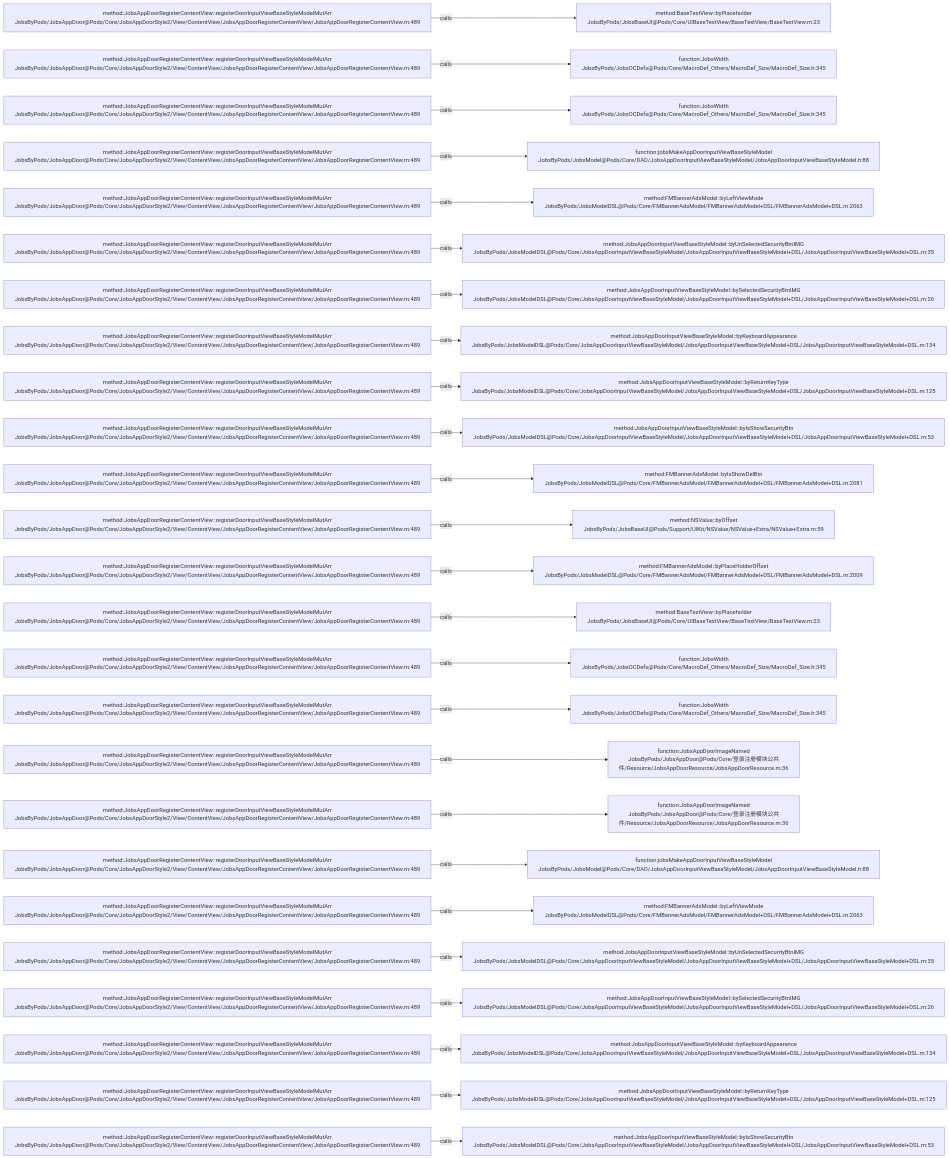
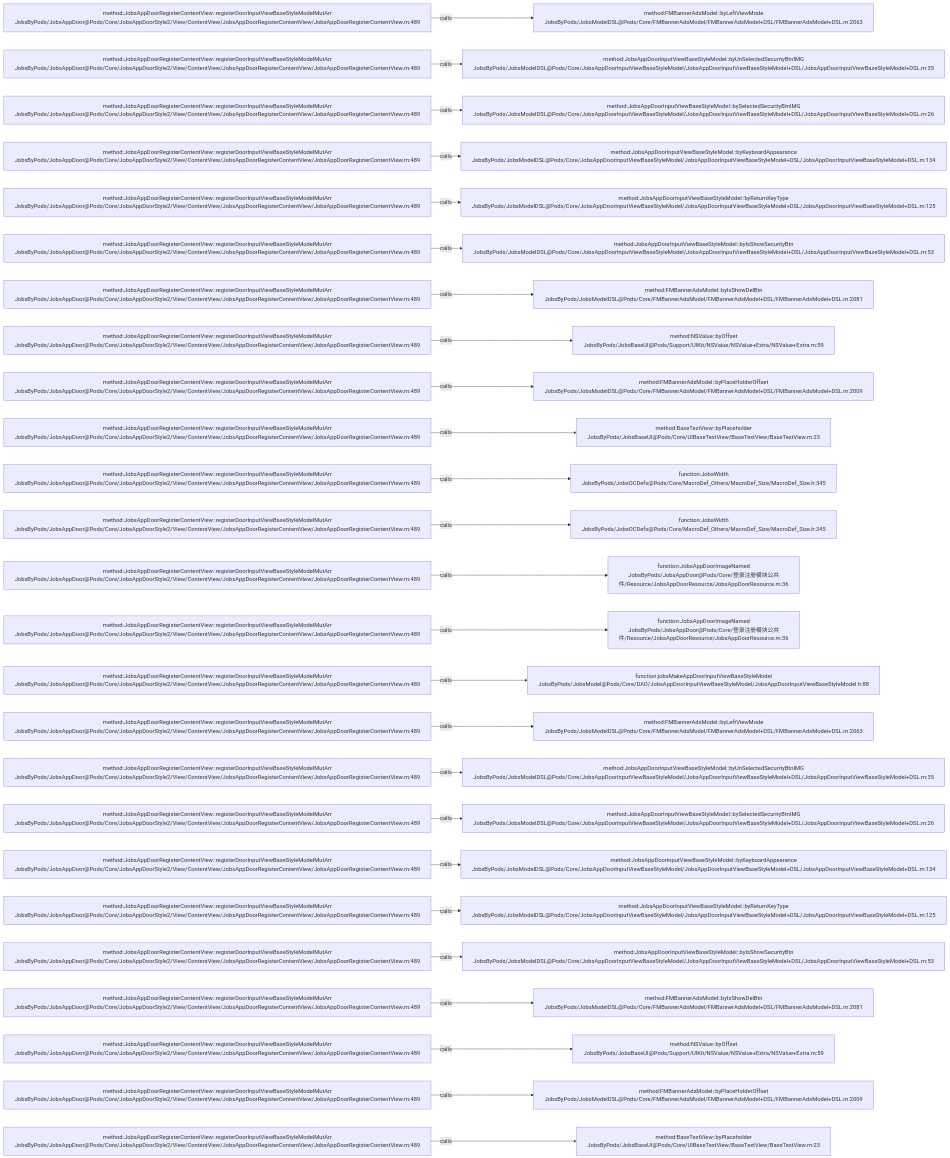
The diagram in .codegraph/codegraph.md/graphs/calls-132.md (JobsKits/JobsOCBaseConfigDemo), drawn with Mermaid before and after one commit. The commit also changed 116 other files, not shown here.

````diff
--- a/.codegraph/codegraph.md/graphs/calls-132.md
+++ b/.codegraph/codegraph.md/graphs/calls-132.md
@@ -13,78 +13,78 @@
 ```mermaid
 flowchart LR
   S1["method:JobsAppDoorRegisterContentView::registerDoorInputViewBaseStyleModelMutArr<br/>JobsByPods/JobsAppDoor@Pods/Core/JobsAppDoorStyle2/View/ContentView/JobsAppDoorRegisterContentView/JobsAppDoorRegisterContentView.m:489"]
-  T1["method:BaseTextView::byPlaceholder<br/>JobsByPods/JobsBaseUI@Pods/Core/UIBaseTextView/BaseTextView/BaseTextView.m:23"]
+  T1["method:FMBannerAdsModel::byLeftViewMode<br/>JobsByPods/JobsModelDSL@Pods/Core/FMBannerAdsModel/FMBannerAdsModel+DSL/FMBannerAdsModel+DSL.m:2063"]
   S1 -->|calls| T1
   S2["method:JobsAppDoorRegisterContentView::registerDoorInputViewBaseStyleModelMutArr<br/>JobsByPods/JobsAppDoor@Pods/Core/JobsAppDoorStyle2/View/ContentView/JobsAppDoorRegisterContentView/JobsAppDoorRegisterContentView.m:489"]
-  T2["function:JobsWidth<br/>JobsByPods/JobsOCDefs@Pods/Core/MacroDef_Others/MacroDef_Size/MacroDef_Size.h:345"]
+  T2["method:JobsAppDoorInputViewBaseStyleModel::byUnSelectedSecurityBtnIMG<br/>JobsByPods/JobsModelDSL@Pods/Core/JobsAppDoorInputViewBaseStyleModel/JobsAppDoorInputViewBaseStyleModel+DSL/JobsAppDoorInputViewBaseStyleModel+DSL.m:35"]
   S2 -->|calls| T2
   S3["method:JobsAppDoorRegisterContentView::registerDoorInputViewBaseStyleModelMutArr<br/>JobsByPods/JobsAppDoor@Pods/Core/JobsAppDoorStyle2/View/ContentView/JobsAppDoorRegisterContentView/JobsAppDoorRegisterContentView.m:489"]
-  T3["function:JobsWidth<br/>JobsByPods/JobsOCDefs@Pods/Core/MacroDef_Others/MacroDef_Size/MacroDef_Size.h:345"]
+  T3["method:JobsAppDoorInputViewBaseStyleModel::bySelectedSecurityBtnIMG<br/>JobsByPods/JobsModelDSL@Pods/Core/JobsAppDoorInputViewBaseStyleModel/JobsAppDoorInputViewBaseStyleModel+DSL/JobsAppDoorInputViewBaseStyleModel+DSL.m:26"]
   S3 -->|calls| T3
   S4["method:JobsAppDoorRegisterContentView::registerDoorInputViewBaseStyleModelMutArr<br/>JobsByPods/JobsAppDoor@Pods/Core/JobsAppDoorStyle2/View/ContentView/JobsAppDoorRegisterContentView/JobsAppDoorRegisterContentView.m:489"]
-  T4["function:jobsMakeAppDoorInputViewBaseStyleModel<br/>JobsByPods/JobsModel@Pods/Core/DAO/JobsAppDoorInputViewBaseStyleModel/JobsAppDoorInputViewBaseStyleModel.h:88"]
+  T4["method:JobsAppDoorInputViewBaseStyleModel::byKeyboardAppearance<br/>JobsByPods/JobsModelDSL@Pods/Core/JobsAppDoorInputViewBaseStyleModel/JobsAppDoorInputViewBaseStyleModel+DSL/JobsAppDoorInputViewBaseStyleModel+DSL.m:134"]
   S4 -->|calls| T4
   S5["method:JobsAppDoorRegisterContentView::registerDoorInputViewBaseStyleModelMutArr<br/>JobsByPods/JobsAppDoor@Pods/Core/JobsAppDoorStyle2/View/ContentView/JobsAppDoorRegisterContentView/JobsAppDoorRegisterContentView.m:489"]
-  T5["method:FMBannerAdsModel::byLeftViewMode<br/>JobsByPods/JobsModelDSL@Pods/Core/FMBannerAdsModel/FMBannerAdsModel+DSL/FMBannerAdsModel+DSL.m:2063"]
+  T5["method:JobsAppDoorInputViewBaseStyleModel::byReturnKeyType<br/>JobsByPods/JobsModelDSL@Pods/Core/JobsAppDoorInputViewBaseStyleModel/JobsAppDoorInputViewBaseStyleModel+DSL/JobsAppDoorInputViewBaseStyleModel+DSL.m:125"]
   S5 -->|calls| T5
   S6["method:JobsAppDoorRegisterContentView::registerDoorInputViewBaseStyleModelMutArr<br/>JobsByPods/JobsAppDoor@Pods/Core/JobsAppDoorStyle2/View/ContentView/JobsAppDoorRegisterContentView/JobsAppDoorRegisterContentView.m:489"]
-  T6["method:JobsAppDoorInputViewBaseStyleModel::byUnSelectedSecurityBtnIMG<br/>JobsByPods/JobsModelDSL@Pods/Core/JobsAppDoorInputViewBaseStyleModel/JobsAppDoorInputViewBaseStyleModel+DSL/JobsAppDoorInputViewBaseStyleModel+DSL.m:35"]
+  T6["method:JobsAppDoorInputViewBaseStyleModel::byIsShowSecurityBtn<br/>JobsByPods/JobsModelDSL@Pods/Core/JobsAppDoorInputViewBaseStyleModel/JobsAppDoorInputViewBaseStyleModel+DSL/JobsAppDoorInputViewBaseStyleModel+DSL.m:53"]
   S6 -->|calls| T6
   S7["method:JobsAppDoorRegisterContentView::registerDoorInputViewBaseStyleModelMutArr<br/>JobsByPods/JobsAppDoor@Pods/Core/JobsAppDoorStyle2/View/ContentView/JobsAppDoorRegisterContentView/JobsAppDoorRegisterContentView.m:489"]
-  T7["method:JobsAppDoorInputViewBaseStyleModel::bySelectedSecurityBtnIMG<br/>JobsByPods/JobsModelDSL@Pods/Core/JobsAppDoorInputViewBaseStyleModel/JobsAppDoorInputViewBaseStyleModel+DSL/JobsAppDoorInputViewBaseStyleModel+DSL.m:26"]
+  T7["method:FMBannerAdsModel::byIsShowDelBtn<br/>JobsByPods/JobsModelDSL@Pods/Core/FMBannerAdsModel/FMBannerAdsModel+DSL/FMBannerAdsModel+DSL.m:2081"]
   S7 -->|calls| T7
   S8["method:JobsAppDoorRegisterContentView::registerDoorInputViewBaseStyleModelMutArr<br/>JobsByPods/JobsAppDoor@Pods/Core/JobsAppDoorStyle2/View/ContentView/JobsAppDoorRegisterContentView/JobsAppDoorRegisterContentView.m:489"]
-  T8["method:JobsAppDoorInputViewBaseStyleModel::byKeyboardAppearance<br/>JobsByPods/JobsModelDSL@Pods/Core/JobsAppDoorInputViewBaseStyleModel/JobsAppDoorInputViewBaseStyleModel+DSL/JobsAppDoorInputViewBaseStyleModel+DSL.m:134"]
+  T8["method:NSValue::byOffset<br/>JobsByPods/JobsBaseUI@Pods/Support/UIKit/NSValue/NSValue+Extra/NSValue+Extra.m:59"]
   S8 -->|calls| T8
   S9["method:JobsAppDoorRegisterContentView::registerDoorInputViewBaseStyleModelMutArr<br/>JobsByPods/JobsAppDoor@Pods/Core/JobsAppDoorStyle2/View/ContentView/JobsAppDoorRegisterContentView/JobsAppDoorRegisterContentView.m:489"]
-  T9["method:JobsAppDoorInputViewBaseStyleModel::byReturnKeyType<br/>JobsByPods/JobsModelDSL@Pods/Core/JobsAppDoorInputViewBaseStyleModel/JobsAppDoorInputViewBaseStyleModel+DSL/JobsAppDoorInputViewBaseStyleModel+DSL.m:125"]
+  T9["method:FMBannerAdsModel::byPlaceHolderOffset<br/>JobsByPods/JobsModelDSL@Pods/Core/FMBannerAdsModel/FMBannerAdsModel+DSL/FMBannerAdsModel+DSL.m:2009"]
   S9 -->|calls| T9
   S10["method:JobsAppDoorRegisterContentView::registerDoorInputViewBaseStyleModelMutArr<br/>JobsByPods/JobsAppDoor@Pods/Core/JobsAppDoorStyle2/View/ContentView/JobsAppDoorRegisterContentView/JobsAppDoorRegisterContentView.m:489"]
-  T10["method:JobsAppDoorInputViewBaseStyleModel::byIsShowSecurityBtn<br/>JobsByPods/JobsModelDSL@Pods/Core/JobsAppDoorInputViewBaseStyleModel/JobsAppDoorInputViewBaseStyleModel+DSL/JobsAppDoorInputViewBaseStyleModel+DSL.m:53"]
+  T10["method:BaseTextView::byPlaceholder<br/>JobsByPods/JobsBaseUI@Pods/Core/UIBaseTextView/BaseTextView/BaseTextView.m:23"]
   S10 -->|calls| T10
   S11["method:JobsAppDoorRegisterContentView::registerDoorInputViewBaseStyleModelMutArr<br/>JobsByPods/JobsAppDoor@Pods/Core/JobsAppDoorStyle2/View/ContentView/JobsAppDoorRegisterContentView/JobsAppDoorRegisterContentView.m:489"]
-  T11["method:FMBannerAdsModel::byIsShowDelBtn<br/>JobsByPods/JobsModelDSL@Pods/Core/FMBannerAdsModel/FMBannerAdsModel+DSL/FMBannerAdsModel+DSL.m:2081"]
+  T11["function:JobsWidth<br/>JobsByPods/JobsOCDefs@Pods/Core/MacroDef_Others/MacroDef_Size/MacroDef_Size.h:345"]
   S11 -->|calls| T11
   S12["method:JobsAppDoorRegisterContentView::registerDoorInputViewBaseStyleModelMutArr<br/>JobsByPods/JobsAppDoor@Pods/Core/JobsAppDoorStyle2/View/ContentView/JobsAppDoorRegisterContentView/JobsAppDoorRegisterContentView.m:489"]
-  T12["method:NSValue::byOffset<br/>JobsByPods/JobsBaseUI@Pods/Support/UIKit/NSValue/NSValue+Extra/NSValue+Extra.m:59"]
+  T12["function:JobsWidth<br/>JobsByPods/JobsOCDefs@Pods/Core/MacroDef_Others/MacroDef_Size/MacroDef_Size.h:345"]
   S12 -->|calls| T12
   S13["method:JobsAppDoorRegisterContentView::registerDoorInputViewBaseStyleModelMutArr<br/>JobsByPods/JobsAppDoor@Pods/Core/JobsAppDoorStyle2/View/ContentView/JobsAppDoorRegisterContentView/JobsAppDoorRegisterContentView.m:489"]
-  T13["method:FMBannerAdsModel::byPlaceHolderOffset<br/>JobsByPods/JobsModelDSL@Pods/Core/FMBannerAdsModel/FMBannerAdsModel+DSL/FMBannerAdsModel+DSL.m:2009"]
+  T13["function:JobsAppDoorImageNamed<br/>JobsByPods/JobsAppDoor@Pods/Core/登录注册模块公共件/Resource/JobsAppDoorResource/JobsAppDoorResource.m:36"]
   S13 -->|calls| T13
   S14["method:JobsAppDoorRegisterContentView::registerDoorInputViewBaseStyleModelMutArr<br/>JobsByPods/JobsAppDoor@Pods/Core/JobsAppDoorStyle2/View/ContentView/JobsAppDoorRegisterContentView/JobsAppDoorRegisterContentView.m:489"]
-  T14["method:BaseTextView::byPlaceholder<br/>JobsByPods/JobsBaseUI@Pods/Core/UIBaseTextView/BaseTextView/BaseTextView.m:23"]
+  T14["function:JobsAppDoorImageNamed<br/>JobsByPods/JobsAppDoor@Pods/Core/登录注册模块公共件/Resource/JobsAppDoorResource/JobsAppDoorResource.m:36"]
   S14 -->|calls| T14
   S15["method:JobsAppDoorRegisterContentView::registerDoorInputViewBaseStyleModelMutArr<br/>JobsByPods/JobsAppDoor@Pods/Core/JobsAppDoorStyle2/View/ContentView/JobsAppDoorRegisterContentView/JobsAppDoorRegisterContentView.m:489"]
-  T15["function:JobsWidth<br/>JobsByPods/JobsOCDefs@Pods/Core/MacroDef_Others/MacroDef_Size/MacroDef_Size.h:345"]
+  T15["function:jobsMakeAppDoorInputViewBaseStyleModel<br/>JobsByPods/JobsModel@Pods/Core/DAO/JobsAppDoorInputViewBaseStyleModel/JobsAppDoorInputViewBaseStyleModel.h:88"]
   S15 -->|calls| T15
   S16["method:JobsAppDoorRegisterContentView::registerDoorInputViewBaseStyleModelMutArr<br/>JobsByPods/JobsAppDoor@Pods/Core/JobsAppDoorStyle2/View/ContentView/JobsAppDoorRegisterContentView/JobsAppDoorRegisterContentView.m:489"]
-  T16["function:JobsWidth<br/>JobsByPods/JobsOCDefs@Pods/Core/MacroDef_Others/MacroDef_Size/MacroDef_Size.h:345"]
+  T16["method:FMBannerAdsModel::byLeftViewMode<br/>JobsByPods/JobsModelDSL@Pods/Core/FMBannerAdsModel/FMBannerAdsModel+DSL/FMBannerAdsModel+DSL.m:2063"]
   S16 -->|calls| T16
   S17["method:JobsAppDoorRegisterContentView::registerDoorInputViewBaseStyleModelMutArr<br/>JobsByPods/JobsAppDoor@Pods/Core/JobsAppDoorStyle2/View/ContentView/JobsAppDoorRegisterContentView/JobsAppDoorRegisterContentView.m:489"]
-  T17["function:JobsAppDoorImageNamed<br/>JobsByPods/JobsAppDoor@Pods/Core/登录注册模块公共件/Resource/JobsAppDoorResource/JobsAppDoorResource.m:36"]
+  T17["method:JobsAppDoorInputViewBaseStyleModel::byUnSelectedSecurityBtnIMG<br/>JobsByPods/JobsModelDSL@Pods/Core/JobsAppDoorInputViewBaseStyleModel/JobsAppDoorInputViewBaseStyleModel+DSL/JobsAppDoorInputViewBaseStyleModel+DSL.m:35"]
   S17 -->|calls| T17
   S18["method:JobsAppDoorRegisterContentView::registerDoorInputViewBaseStyleModelMutArr<br/>JobsByPods/JobsAppDoor@Pods/Core/JobsAppDoorStyle2/View/ContentView/JobsAppDoorRegisterContentView/JobsAppDoorRegisterContentView.m:489"]
-  T18["function:JobsAppDoorImageNamed<br/>JobsByPods/JobsAppDoor@Pods/Core/登录注册模块公共件/Resource/JobsAppDoorResource/JobsAppDoorResource.m:36"]
+  T18["method:JobsAppDoorInputViewBaseStyleModel::bySelectedSecurityBtnIMG<br/>JobsByPods/JobsModelDSL@Pods/Core/JobsAppDoorInputViewBaseStyleModel/JobsAppDoorInputViewBaseStyleModel+DSL/JobsAppDoorInputViewBaseStyleModel+DSL.m:26"]
   S18 -->|calls| T18
   S19["method:JobsAppDoorRegisterContentView::registerDoorInputViewBaseStyleModelMutArr<br/>JobsByPods/JobsAppDoor@Pods/Core/JobsAppDoorStyle2/View/ContentView/JobsAppDoorRegisterContentView/JobsAppDoorRegisterContentView.m:489"]
-  T19["function:jobsMakeAppDoorInputViewBaseStyleModel<br/>JobsByPods/JobsModel@Pods/Core/DAO/JobsAppDoorInputViewBaseStyleModel/JobsAppDoorInputViewBaseStyleModel.h:88"]
+  T19["method:JobsAppDoorInputViewBaseStyleModel::byKeyboardAppearance<br/>JobsByPods/JobsModelDSL@Pods/Core/JobsAppDoorInputViewBaseStyleModel/JobsAppDoorInputViewBaseStyleModel+DSL/JobsAppDoorInputViewBaseStyleModel+DSL.m:134"]
   S19 -->|calls| T19
   S20["method:JobsAppDoorRegisterContentView::registerDoorInputViewBaseStyleModelMutArr<br/>JobsByPods/JobsAppDoor@Pods/Core/JobsAppDoorStyle2/View/ContentView/JobsAppDoorRegisterContentView/JobsAppDoorRegisterContentView.m:489"]
-  T20["method:FMBannerAdsModel::byLeftViewMode<br/>JobsByPods/JobsModelDSL@Pods/Core/FMBannerAdsModel/FMBannerAdsModel+DSL/FMBannerAdsModel+DSL.m:2063"]
+  T20["method:JobsAppDoorInputViewBaseStyleModel::byReturnKeyType<br/>JobsByPods/JobsModelDSL@Pods/Core/JobsAppDoorInputViewBaseStyleModel/JobsAppDoorInputViewBaseStyleModel+DSL/JobsAppDoorInputViewBaseStyleModel+DSL.m:125"]
   S20 -->|calls| T20
   S21["method:JobsAppDoorRegisterContentView::registerDoorInputViewBaseStyleModelMutArr<br/>JobsByPods/JobsAppDoor@Pods/Core/JobsAppDoorStyle2/View/ContentView/JobsAppDoorRegisterContentView/JobsAppDoorRegisterContentView.m:489"]
-  T21["method:JobsAppDoorInputViewBaseStyleModel::byUnSelectedSecurityBtnIMG<br/>JobsByPods/JobsModelDSL@Pods/Core/JobsAppDoorInputViewBaseStyleModel/JobsAppDoorInputViewBaseStyleModel+DSL/JobsAppDoorInputViewBaseStyleModel+DSL.m:35"]
+  T21["method:JobsAppDoorInputViewBaseStyleModel::byIsShowSecurityBtn<br/>JobsByPods/JobsModelDSL@Pods/Core/JobsAppDoorInputViewBaseStyleModel/JobsAppDoorInputViewBaseStyleModel+DSL/JobsAppDoorInputViewBaseStyleModel+DSL.m:53"]
   S21 -->|calls| T21
   S22["method:JobsAppDoorRegisterContentView::registerDoorInputViewBaseStyleModelMutArr<br/>JobsByPods/JobsAppDoor@Pods/Core/JobsAppDoorStyle2/View/ContentView/JobsAppDoorRegisterContentView/JobsAppDoorRegisterContentView.m:489"]
-  T22["method:JobsAppDoorInputViewBaseStyleModel::bySelectedSecurityBtnIMG<br/>JobsByPods/JobsModelDSL@Pods/Core/JobsAppDoorInputViewBaseStyleModel/JobsAppDoorInputViewBaseStyleModel+DSL/JobsAppDoorInputViewBaseStyleModel+DSL.m:26"]
+  T22["method:FMBannerAdsModel::byIsShowDelBtn<br/>JobsByPods/JobsModelDSL@Pods/Core/FMBannerAdsModel/FMBannerAdsModel+DSL/FMBannerAdsModel+DSL.m:2081"]
   S22 -->|calls| T22
   S23["method:JobsAppDoorRegisterContentView::registerDoorInputViewBaseStyleModelMutArr<br/>JobsByPods/JobsAppDoor@Pods/Core/JobsAppDoorStyle2/View/ContentView/JobsAppDoorRegisterContentView/JobsAppDoorRegisterContentView.m:489"]
-  T23["method:JobsAppDoorInputViewBaseStyleModel::byKeyboardAppearance<br/>JobsByPods/JobsModelDSL@Pods/Core/JobsAppDoorInputViewBaseStyleModel/JobsAppDoorInputViewBaseStyleModel+DSL/JobsAppDoorInputViewBaseStyleModel+DSL.m:134"]
+  T23["method:NSValue::byOffset<br/>JobsByPods/JobsBaseUI@Pods/Support/UIKit/NSValue/NSValue+Extra/NSValue+Extra.m:59"]
   S23 -->|calls| T23
   S24["method:JobsAppDoorRegisterContentView::registerDoorInputViewBaseStyleModelMutArr<br/>JobsByPods/JobsAppDoor@Pods/Core/JobsAppDoorStyle2/View/ContentView/JobsAppDoorRegisterContentView/JobsAppDoorRegisterContentView.m:489"]
-  T24["method:JobsAppDoorInputViewBaseStyleModel::byReturnKeyType<br/>JobsByPods/JobsModelDSL@Pods/Core/JobsAppDoorInputViewBaseStyleModel/JobsAppDoorInputViewBaseStyleModel+DSL/JobsAppDoorInputViewBaseStyleModel+DSL.m:125"]
+  T24["method:FMBannerAdsModel::byPlaceHolderOffset<br/>JobsByPods/JobsModelDSL@Pods/Core/FMBannerAdsModel/FMBannerAdsModel+DSL/FMBannerAdsModel+DSL.m:2009"]
   S24 -->|calls| T24
   S25["method:JobsAppDoorRegisterContentView::registerDoorInputViewBaseStyleModelMutArr<br/>JobsByPods/JobsAppDoor@Pods/Core/JobsAppDoorStyle2/View/ContentView/JobsAppDoorRegisterContentView/JobsAppDoorRegisterContentView.m:489"]
-  T25["method:JobsAppDoorInputViewBaseStyleModel::byIsShowSecurityBtn<br/>JobsByPods/JobsModelDSL@Pods/Core/JobsAppDoorInputViewBaseStyleModel/JobsAppDoorInputViewBaseStyleModel+DSL/JobsAppDoorInputViewBaseStyleModel+DSL.m:53"]
+  T25["method:BaseTextView::byPlaceholder<br/>JobsByPods/JobsBaseUI@Pods/Core/UIBaseTextView/BaseTextView/BaseTextView.m:23"]
   S25 -->|calls| T25
 ```
````
